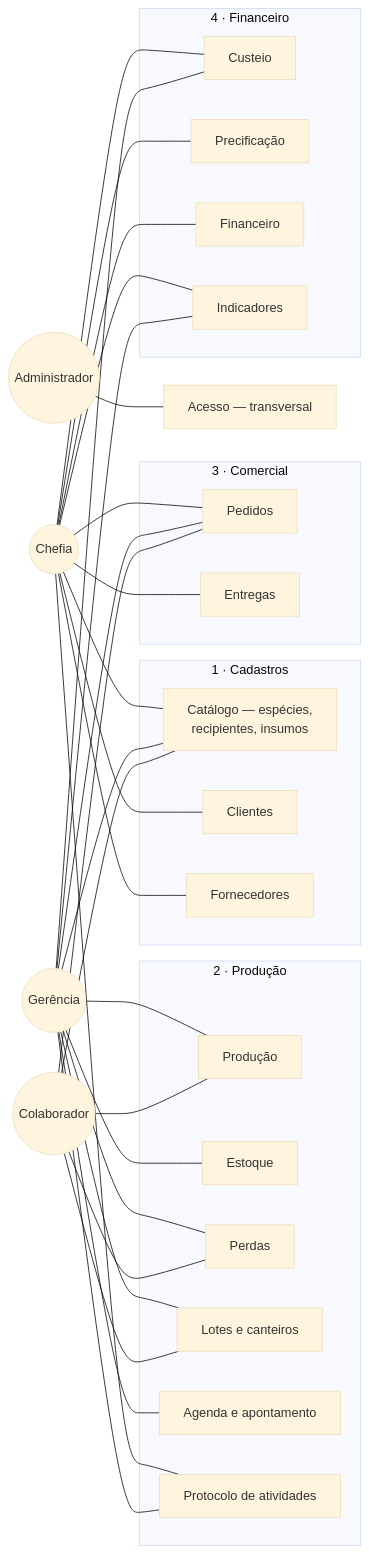
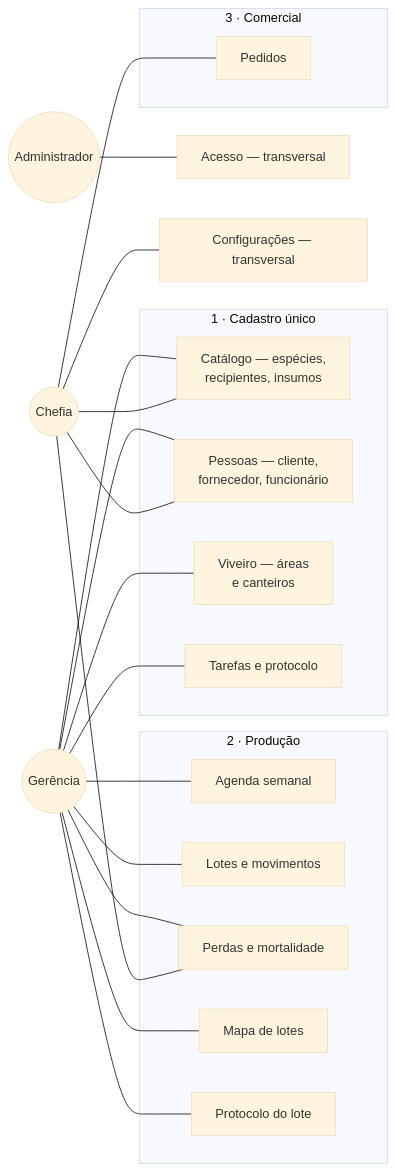
Before and after one commit to JoaoMudar/tcc: the first of 4 diagrams in docs/engenharia/C-modelagem/C1-diagrama-casos-de-uso.md, drawn with Mermaid (base theme). The commit also changed other lines of this file and 1 other file, not shown here.

Commit message:
docs(C1): remove ator colaborador e reduz catalogo para 34 casos de uso

````diff
--- a/docs/engenharia/C-modelagem/C1-diagrama-casos-de-uso.md
+++ b/docs/engenharia/C-modelagem/C1-diagrama-casos-de-uso.md
@@ -40,62 +45,43 @@
 ```mermaid
 graph LR
   CH(("Chefia"))
   GE(("Gerência"))
-  CO(("Colaborador"))
   AD(("Administrador"))
 
-  subgraph M1["1 · Cadastros"]
+  subgraph M1["1 · Cadastro único"]
     S13["Catálogo &mdash; espécies,<br/>recipientes, insumos"]
-    S6["Clientes"]
-    S9["Fornecedores"]
+    S6["Pessoas &mdash; cliente,<br/>fornecedor, funcionário"]
+    S14["Viveiro &mdash; áreas<br/>e canteiros"]
+    S16["Tarefas e protocolo"]
   end
   subgraph M2["2 · Produção"]
-    S2["Produção"]
-    S3["Estoque"]
-    S4["Perdas"]
-    S14["Lotes e canteiros"]
-    S15["Agenda e apontamento"]
-    S16["Protocolo de atividades"]
+    S15["Agenda semanal"]
+    S2["Lotes e movimentos"]
+    S4["Perdas e mortalidade"]
+    S3["Mapa de lotes"]
+    S17["Protocolo do lote"]
   end
   subgraph M3["3 · Comercial"]
     S7["Pedidos"]
-    S8["Entregas"]
-  end
-  subgraph M4["4 · Financeiro"]
-    S1["Custeio"]
-    S5["Precificação"]
-    S10["Financeiro"]
-    S11["Indicadores"]
   end
   S12["Acesso &mdash; transversal"]
+  S18["Configurações &mdash; transversal"]
 
   CH --- S13
-  CH --- S1
-  CH --- S5
   CH --- S6
   CH --- S7
-  CH --- S8
-  CH --- S9
-  CH --- S10
-  CH --- S11
-  CH --- S16
+  CH --- S4
+  CH --- S18
 
   GE --- S13
-  GE --- S1
+  GE --- S6
+  GE --- S14
+  GE --- S16
+  GE --- S15
   GE --- S2
+  GE --- S4
   GE --- S3
-  GE --- S4
-  GE --- S7
-  GE --- S11
-  GE --- S14
-  GE --- S15
-  GE --- S16
-
-  CO --- S13
-  CO --- S2
-  CO --- S4
-  CO --- S7
-  CO --- S14
+  GE --- S17
 
   AD --- S12
 ```
````
